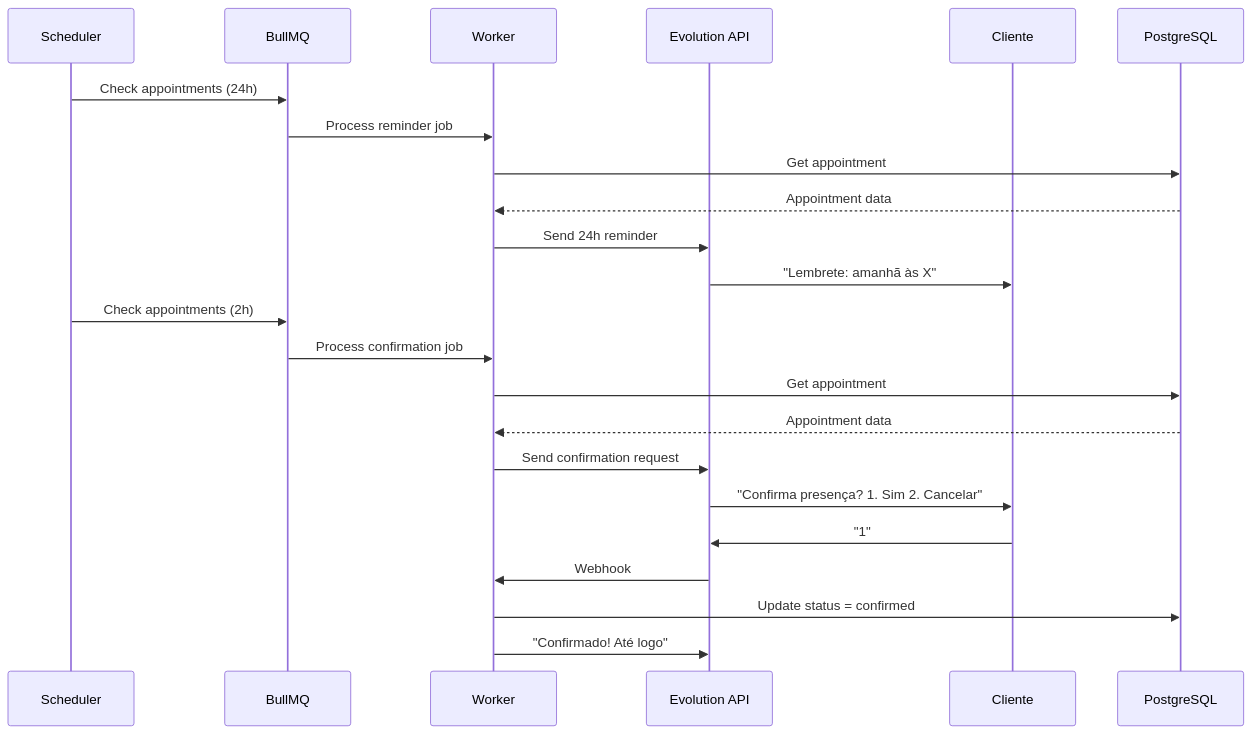
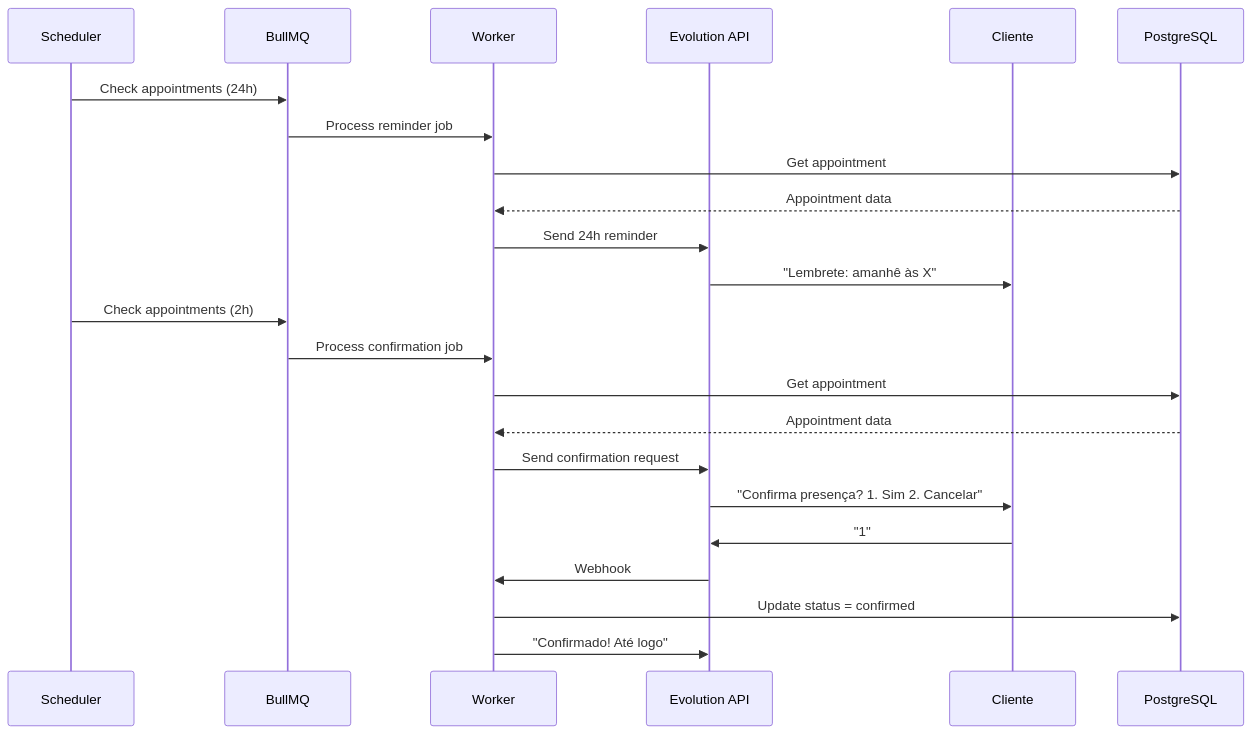
The fourth of 4 diagrams in docs/architecture.md (linnoff88-dev/arckhe-bela360), drawn with Mermaid before and after one commit. The commit also changed other lines of this file and 43 other files, not shown here.

````diff
--- a/docs/architecture.md
+++ b/docs/architecture.md
@@ -455,28 +455,28 @@
 ```mermaid
 sequenceDiagram
     participant CRON as Scheduler
     participant Q as BullMQ
     participant W as Worker
     participant EVO as Evolution API
     participant C as Cliente
     participant DB as PostgreSQL
 
     CRON->>Q: Check appointments (24h)
     Q->>W: Process reminder job
     W->>DB: Get appointment
     DB-->>W: Appointment data
     W->>EVO: Send 24h reminder
-    EVO->>C: "Lembrete: amanhã às X"
+    EVO->>C: "Lembrete: amanhê às X"
 
     CRON->>Q: Check appointments (2h)
     Q->>W: Process confirmation job
     W->>DB: Get appointment
     DB-->>W: Appointment data
     W->>EVO: Send confirmation request
     EVO->>C: "Confirma presença? 1. Sim 2. Cancelar"
 
     C->>EVO: "1"
     EVO->>W: Webhook
     W->>DB: Update status = confirmed
     W->>EVO: "Confirmado! Até logo"
 ```
````
